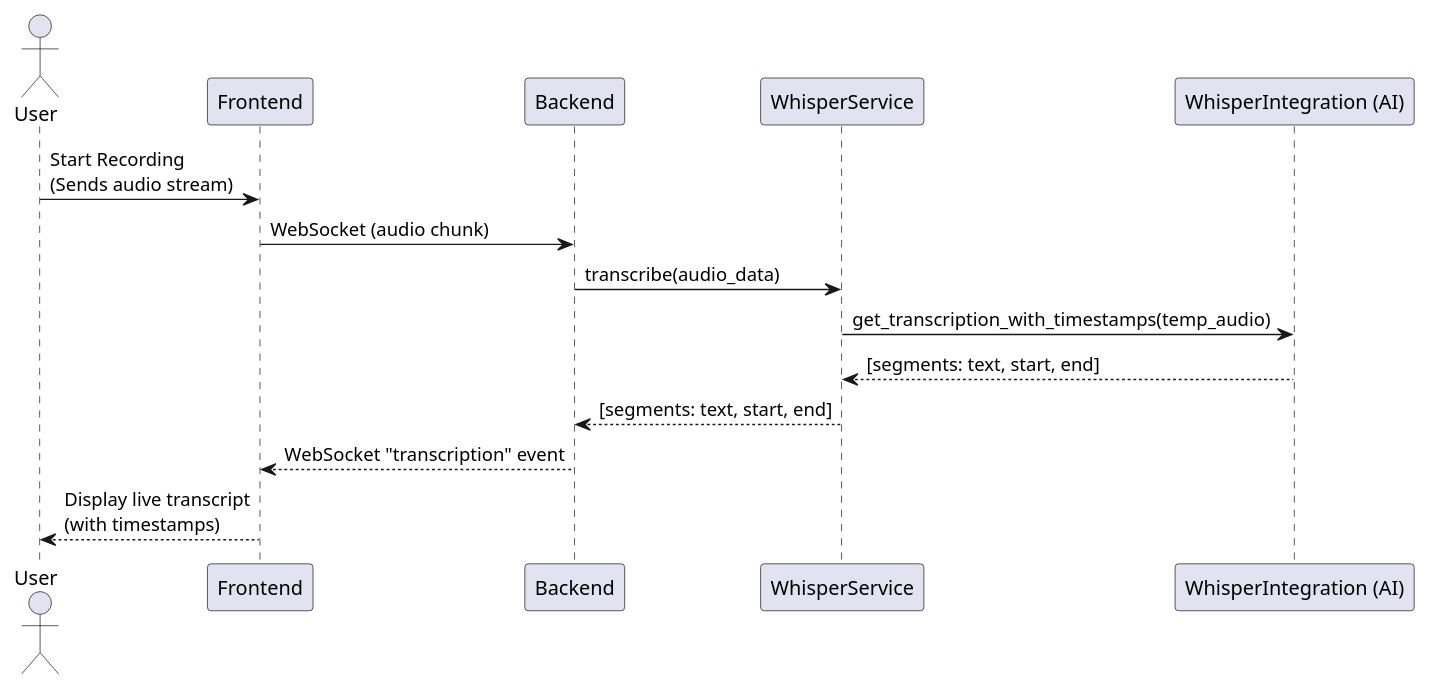
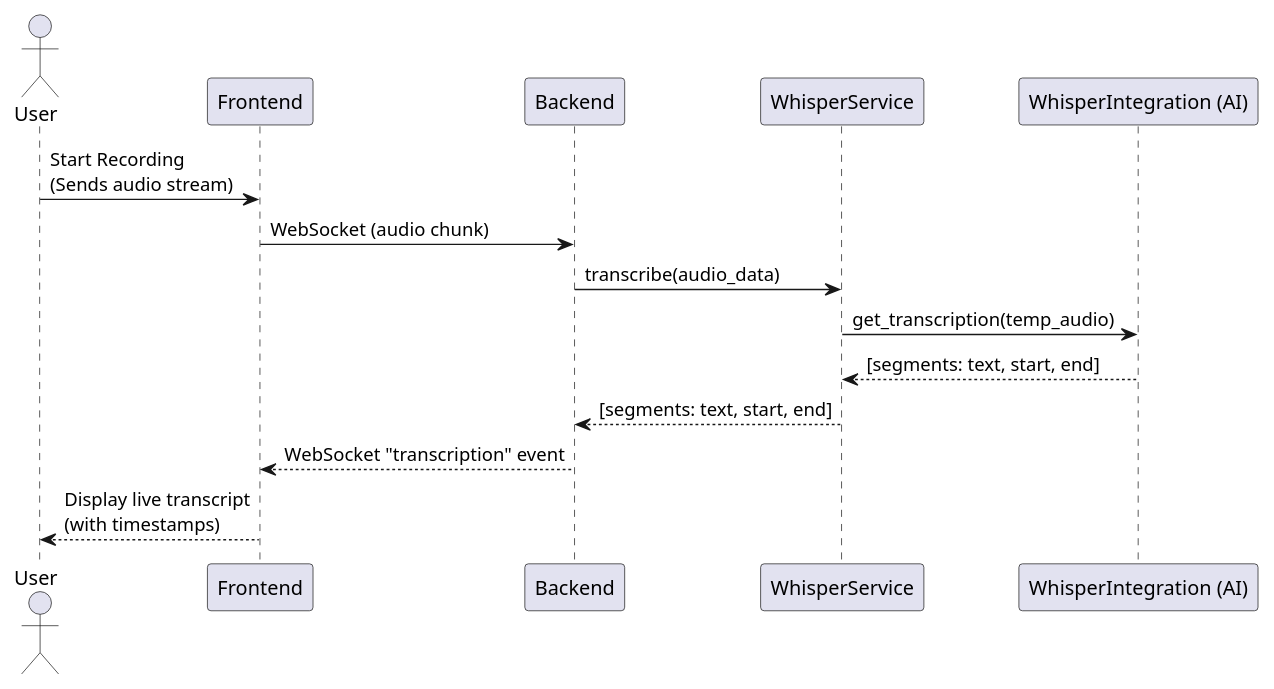
One commit to gmunumel/phonic-ai changed the diagram in docs/sequence_diagram.puml. Above: the diagram before and after it, drawn with PlantUML. The commit also changed 30 other files, not shown here.

```diff
--- a/docs/sequence_diagram.puml
+++ b/docs/sequence_diagram.puml
@@ -1,13 +1,13 @@
 @startuml Sequence Diagram
 actor User
 
 User -> Frontend : Start Recording\n(Sends audio stream)
 Frontend -> Backend : WebSocket (audio chunk)
 Backend -> WhisperService : transcribe(audio_data)
-WhisperService -> "WhisperIntegration (AI)" : get_transcription_with_timestamps(temp_audio)
+WhisperService -> "WhisperIntegration (AI)" : get_transcription(temp_audio)
 "WhisperIntegration (AI)" --> WhisperService : [segments: text, start, end]
 WhisperService --> Backend : [segments: text, start, end]
 Backend --> Frontend : WebSocket "transcription" event
 Frontend --> User : Display live transcript\n(with timestamps)
 
 @enduml
```
